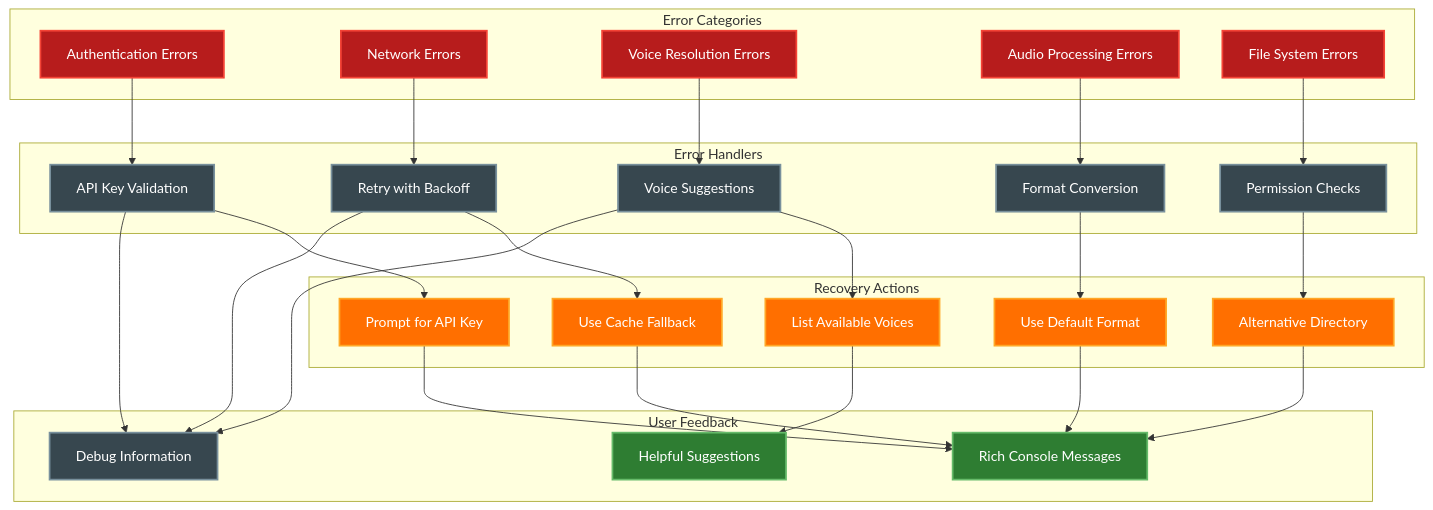
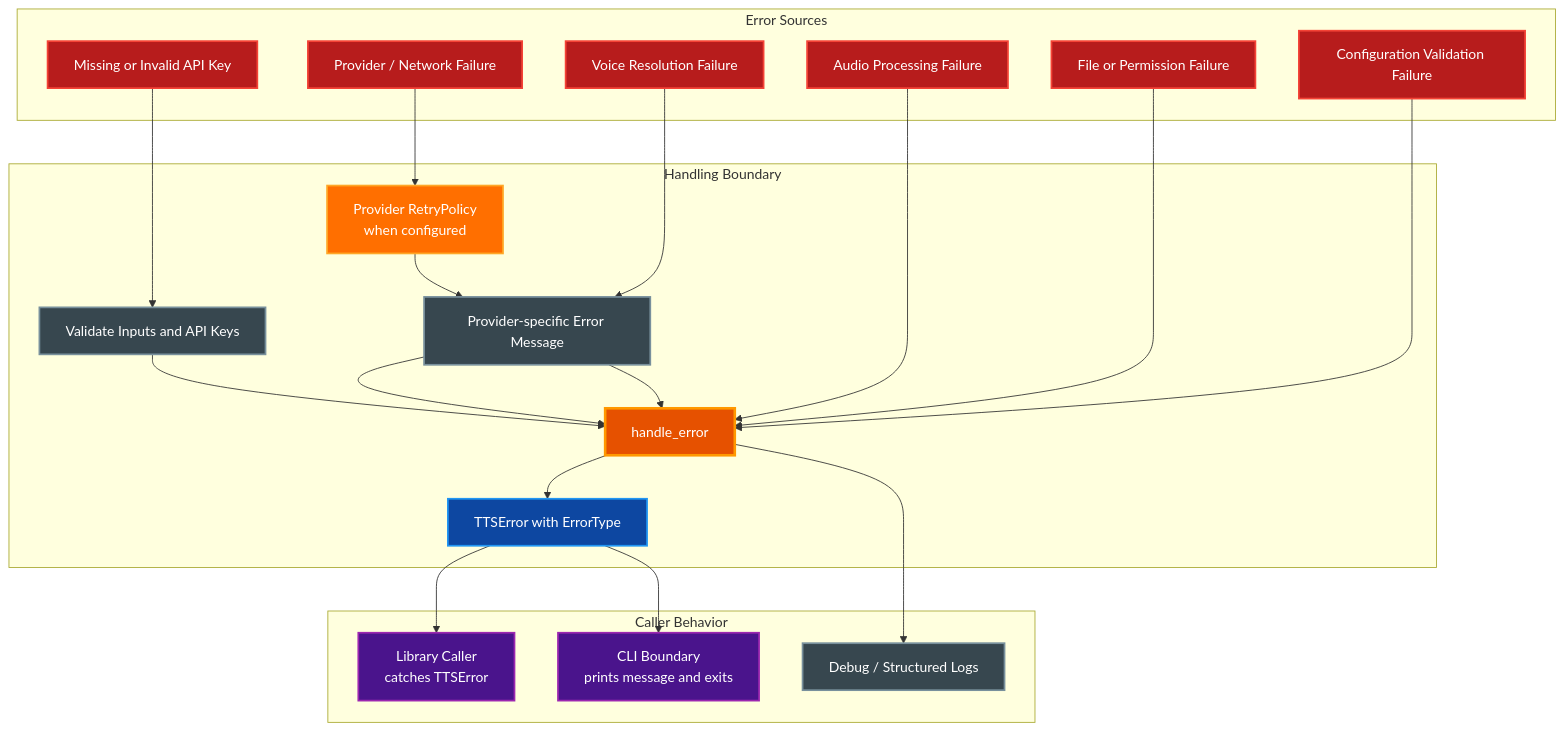
Before and after one commit to paulrobello/par-cli-tts: diagram 16 of 21 in docs/ARCHITECTURE.md, drawn with Mermaid. The commit also changed other lines of this file and 3 other files, not shown here.

````diff
--- a/docs/ARCHITECTURE.md
+++ b/docs/ARCHITECTURE.md
@@ -1385,67 +1503,51 @@
 ```mermaid
 flowchart TD
-    subgraph "Error Categories"
-        AUTH[Authentication Errors]
-        NET[Network Errors]
-        VOICE[Voice Resolution Errors]
-        AUDIO[Audio Processing Errors]
-        FILE[File System Errors]
+    subgraph "Error Sources"
+        AUTH[Missing or Invalid API Key]
+        NET[Provider / Network Failure]
+        VOICE[Voice Resolution Failure]
+        AUDIO[Audio Processing Failure]
+        FILE[File or Permission Failure]
+        CONFIG[Configuration Validation Failure]
     end
 
-    subgraph "Error Handlers"
-        H1[API Key Validation]
-        H2[Retry with Backoff]
-        H3[Voice Suggestions]
-        H4[Format Conversion]
-        H5[Permission Checks]
+    subgraph "Handling Boundary"
+        VALIDATE[Validate Inputs and API Keys]
+        RETRY[Provider RetryPolicy<br/>when configured]
+        PROVIDER[Provider-specific Error Message]
+        HANDLE[handle_error]
+        TTSERR[TTSError with ErrorType]
     end
 
-    subgraph "Recovery Actions"
-        R1[Prompt for API Key]
-        R2[Use Cache Fallback]
-        R3[List Available Voices]
-        R4[Use Default Format]
-        R5[Alternative Directory]
+    subgraph "Caller Behavior"
+        LIB[Library Caller<br/>catches TTSError]
+        CLI[CLI Boundary<br/>prints message and exits]
+        DEBUG[Debug / Structured Logs]
     end
 
-    subgraph "User Feedback"
-        MSG[Rich Console Messages]
-        DEBUG[Debug Information]
-        SUGGEST[Helpful Suggestions]
-    end
-
-    AUTH --> H1 --> R1
-    NET --> H2 --> R2
-    VOICE --> H3 --> R3
-    AUDIO --> H4 --> R4
-    FILE --> H5 --> R5
-
-    R1 --> MSG
-    R2 --> MSG
-    R3 --> SUGGEST
-    R4 --> MSG
-    R5 --> MSG
-
-    H1 --> DEBUG
-    H2 --> DEBUG
-    H3 --> DEBUG
+    AUTH --> VALIDATE --> HANDLE
+    NET --> RETRY --> PROVIDER --> HANDLE
+    VOICE --> PROVIDER --> HANDLE
+    AUDIO --> HANDLE
+    FILE --> HANDLE
+    CONFIG --> HANDLE
+    HANDLE --> TTSERR
+    TTSERR --> LIB
+    TTSERR --> CLI
+    HANDLE --> DEBUG
 
     style AUTH fill:#b71c1c,stroke:#f44336,stroke-width:2px,color:#ffffff
     style NET fill:#b71c1c,stroke:#f44336,stroke-width:2px,color:#ffffff
     style VOICE fill:#b71c1c,stroke:#f44336,stroke-width:2px,color:#ffffff
     style AUDIO fill:#b71c1c,stroke:#f44336,stroke-width:2px,color:#ffffff
     style FILE fill:#b71c1c,stroke:#f44336,stroke-width:2px,color:#ffffff
-    style H1 fill:#37474f,stroke:#78909c,stroke-width:2px,color:#ffffff
-    style H2 fill:#37474f,stroke:#78909c,stroke-width:2px,color:#ffffff
-    style H3 fill:#37474f,stroke:#78909c,stroke-width:2px,color:#ffffff
-    style H4 fill:#37474f,stroke:#78909c,stroke-width:2px,color:#ffffff
-    style H5 fill:#37474f,stroke:#78909c,stroke-width:2px,color:#ffffff
-    style R1 fill:#ff6f00,stroke:#ffa726,stroke-width:2px,color:#ffffff
-    style R2 fill:#ff6f00,stroke:#ffa726,stroke-width:2px,color:#ffffff
-    style R3 fill:#ff6f00,stroke:#ffa726,stroke-width:2px,color:#ffffff
-    style R4 fill:#ff6f00,stroke:#ffa726,stroke-width:2px,color:#ffffff
-    style R5 fill:#ff6f00,stroke:#ffa726,stroke-width:2px,color:#ffffff
-    style MSG fill:#2e7d32,stroke:#66bb6a,stroke-width:2px,color:#ffffff
+    style CONFIG fill:#b71c1c,stroke:#f44336,stroke-width:2px,color:#ffffff
+    style VALIDATE fill:#37474f,stroke:#78909c,stroke-width:2px,color:#ffffff
+    style RETRY fill:#ff6f00,stroke:#ffa726,stroke-width:2px,color:#ffffff
+    style PROVIDER fill:#37474f,stroke:#78909c,stroke-width:2px,color:#ffffff
+    style HANDLE fill:#e65100,stroke:#ff9800,stroke-width:3px,color:#ffffff
+    style TTSERR fill:#0d47a1,stroke:#2196f3,stroke-width:2px,color:#ffffff
+    style LIB fill:#4a148c,stroke:#9c27b0,stroke-width:2px,color:#ffffff
+    style CLI fill:#4a148c,stroke:#9c27b0,stroke-width:2px,color:#ffffff
     style DEBUG fill:#37474f,stroke:#78909c,stroke-width:2px,color:#ffffff
-    style SUGGEST fill:#2e7d32,stroke:#66bb6a,stroke-width:2px,color:#ffffff
 ```
````
